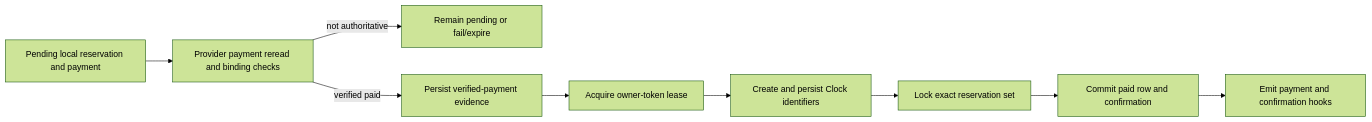
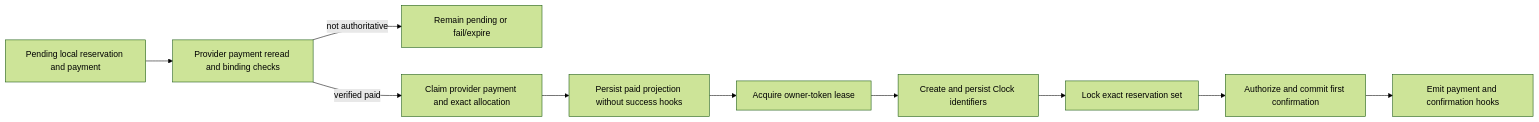
One commit to MUST-DEV-TEAM/must-hotel-booking changed the diagram in docs/DOMAIN_LIFECYCLES.md. Above: the diagram before and after it, drawn with Mermaid (forest theme). The commit also changed other lines of this file and 32 other files, not shown here.

````diff
--- a/docs/DOMAIN_LIFECYCLES.md
+++ b/docs/DOMAIN_LIFECYCLES.md
@@ -107,11 +107,12 @@
 ```mermaid
 flowchart LR
     A["Pending local reservation and payment"] --> B["Provider payment reread and binding checks"]
     B -->|"not authoritative"| C["Remain pending or fail/expire"]
-    B -->|"verified paid"| D["Persist verified-payment evidence"]
-    D --> E["Acquire owner-token lease"]
-    E --> H["Create and persist Clock identifiers"]
+    B -->|"verified paid"| D["Claim provider payment and exact allocation"]
+    D --> E["Persist paid projection without success hooks"]
+    E --> J["Acquire owner-token lease"]
+    J --> H["Create and persist Clock identifiers"]
     H --> I["Lock exact reservation set"]
-    I --> F["Commit paid row and confirmation"]
+    I --> F["Authorize and commit first confirmation"]
     F --> G["Emit payment and confirmation hooks"]
 ```
````
